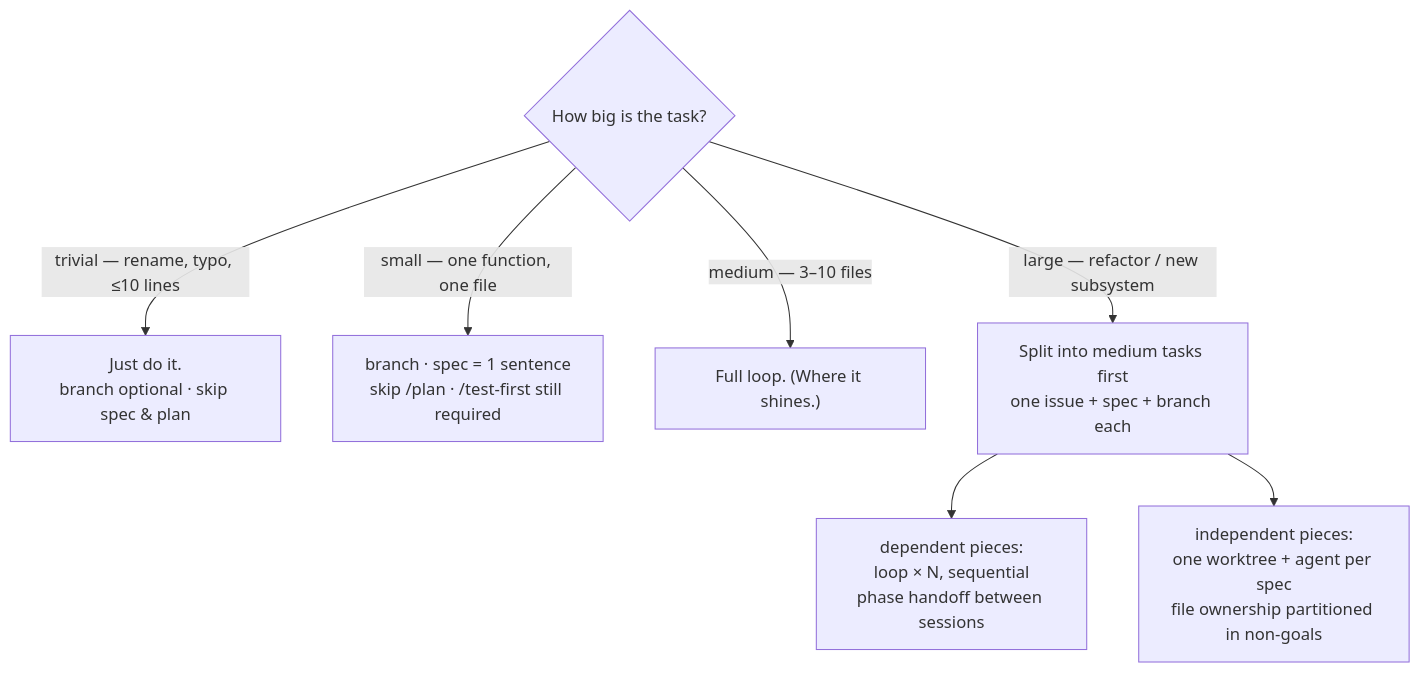
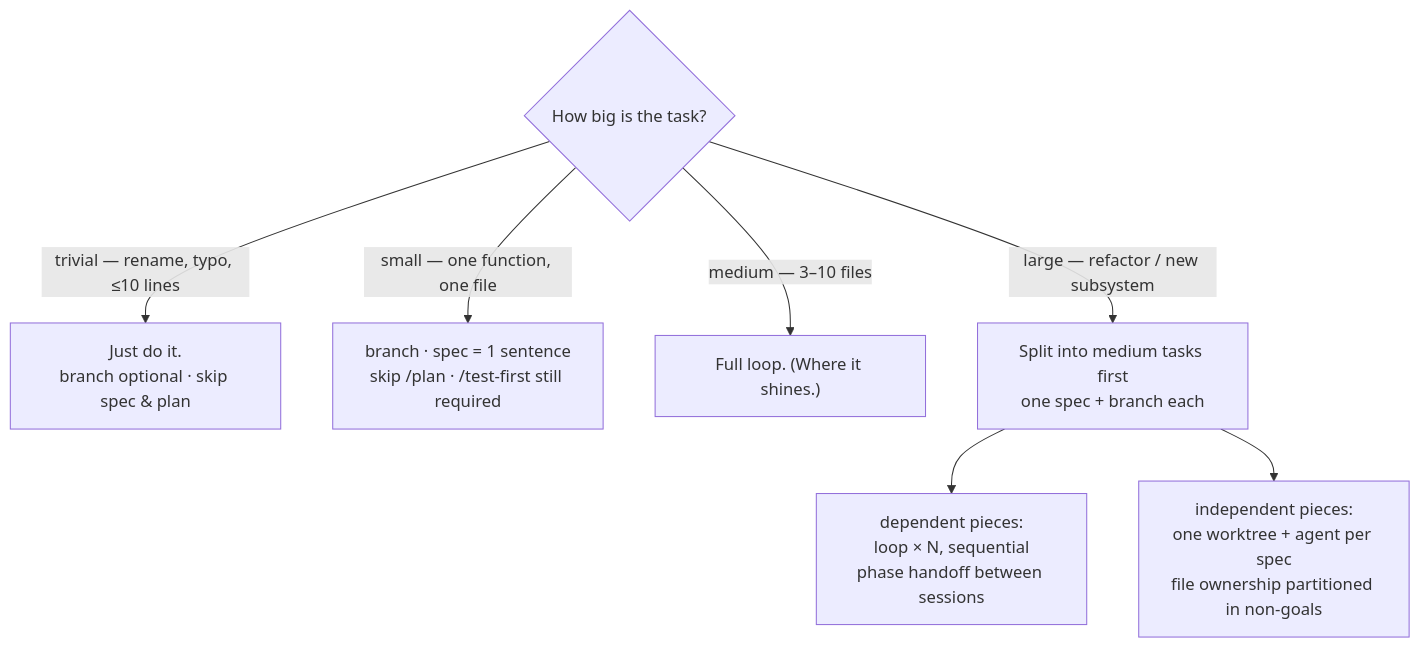
One commit to bbirkinbine/agentic-scaffold changed the fifth of 6 diagrams in python/docs/workflow-diagram.md. Above: the diagram before and after it, drawn with Mermaid. The commit also changed other lines of this file and 13 other files, not shown here.

First line of the commit message:
Make the Stop gate default; demote issue-first to opt-in issue mode

````diff
--- a/python/docs/workflow-diagram.md
+++ b/python/docs/workflow-diagram.md
@@ -205,10 +207,10 @@
 ```mermaid
 flowchart TD
     Q{"How big is the task?"}
     Q -->|"trivial — rename, typo, ≤10 lines"| TRIV["Just do it.<br/>branch optional · skip spec & plan"]
     Q -->|"small — one function, one file"| SMALL["branch · spec = 1 sentence<br/>skip /plan · /test-first still required"]
     Q -->|"medium — 3–10 files"| MED["Full loop. (Where it shines.)"]
-    Q -->|"large — refactor / new subsystem"| LARGE["Split into medium tasks first<br/>one issue + spec + branch each"]
+    Q -->|"large — refactor / new subsystem"| LARGE["Split into medium tasks first<br/>one spec + branch each"]
     LARGE --> SEQ["dependent pieces:<br/>loop × N, sequential<br/>phase handoff between sessions"]
     LARGE --> PAR["independent pieces:<br/>one worktree + agent per spec<br/>file ownership partitioned in non-goals"]
 ```
````
